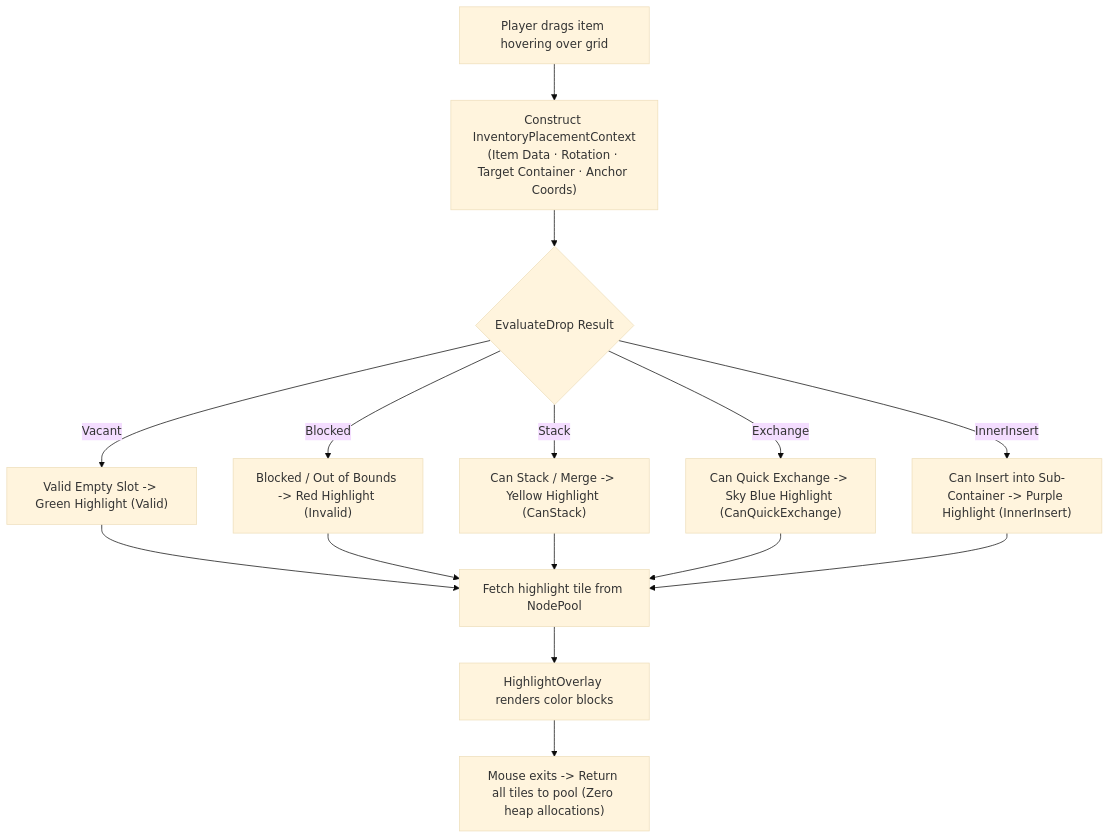
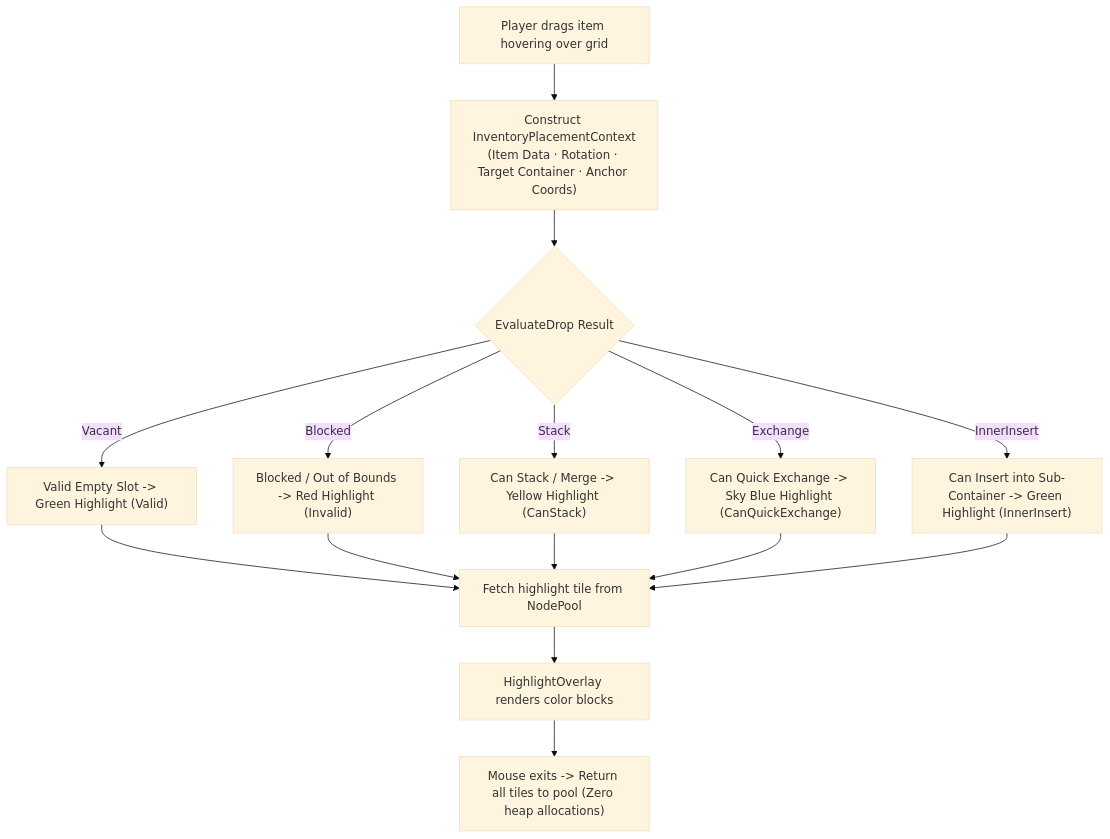
The eighth of 13 diagrams in README.md (Cholopol/Cholopol-Tetris-Inventory-System), drawn with Mermaid (base theme) before and after one commit. The commit also changed other lines of this file and 12 other files, not shown here.

````diff
--- a/README.md
+++ b/README.md
@@ -387,15 +412,15 @@
 ```mermaid
 flowchart TD
   Drag["Player drags item hovering over grid"] --> Context["Construct InventoryPlacementContext\n(Item Data · Rotation · Target Container · Anchor Coords)"]
   Context --> Eval{"EvaluateDrop Result"}
   
   Eval -->|Vacant| C1["Valid Empty Slot -> Green Highlight (Valid)"]
   Eval -->|Blocked| C2["Blocked / Out of Bounds -> Red Highlight (Invalid)"]
   Eval -->|Stack| C3["Can Stack / Merge -> Yellow Highlight (CanStack)"]
   Eval -->|Exchange| C4["Can Quick Exchange -> Sky Blue Highlight (CanQuickExchange)"]
-  Eval -->|InnerInsert| C5["Can Insert into Sub-Container -> Purple Highlight (InnerInsert)"]
+  Eval -->|InnerInsert| C5["Can Insert into Sub-Container -> Green Highlight (InnerInsert)"]
 
   C1 & C2 & C3 & C4 & C5 --> Pool["Fetch highlight tile from NodePool"]
   Pool --> Render["HighlightOverlay renders color blocks"]
   Render --> Clean["Mouse exits -> Return all tiles to pool (Zero heap allocations)"]
 ```
````
